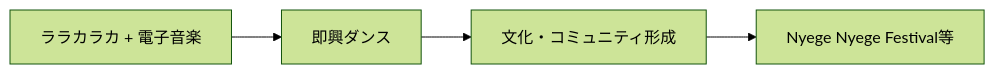
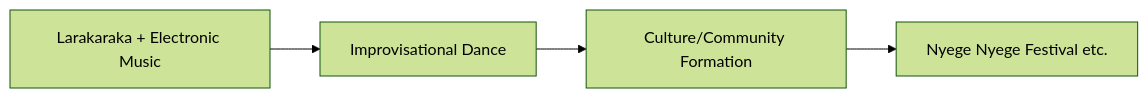
One commit to monumental-movement/monumental-movement.github.io changed the fourth of 6 diagrams in en/_posts/2025-10-04-Column-Nyege-Nyege.md. Above: the diagram before and after it, drawn with Mermaid (forest theme). The commit also changed other lines of this file and 1631 other files, not shown here.

```diff
--- a/en/_posts/2025-10-04-Column-Nyege-Nyege.md
+++ b/en/_posts/2025-10-04-Column-Nyege-Nyege.md
@@ -211,8 +205,8 @@
 <div class="mermaid">
 
 flowchart LR
-    Music["ララカラカ + 電子音楽"] --> Dance["即興ダンス"]
-    Dance --> Community["文化・コミュニティ形成"]
-    Community --> Festivals["Nyege Nyege Festival等"]
+    Music["Larakaraka + Electronic Music"] --> Dance["Improvisational Dance"]
+    Dance --> Community["Culture/Community Formation"]
+    Community --> Festivals["Nyege Nyege Festival etc."]
 
 </div>
```
